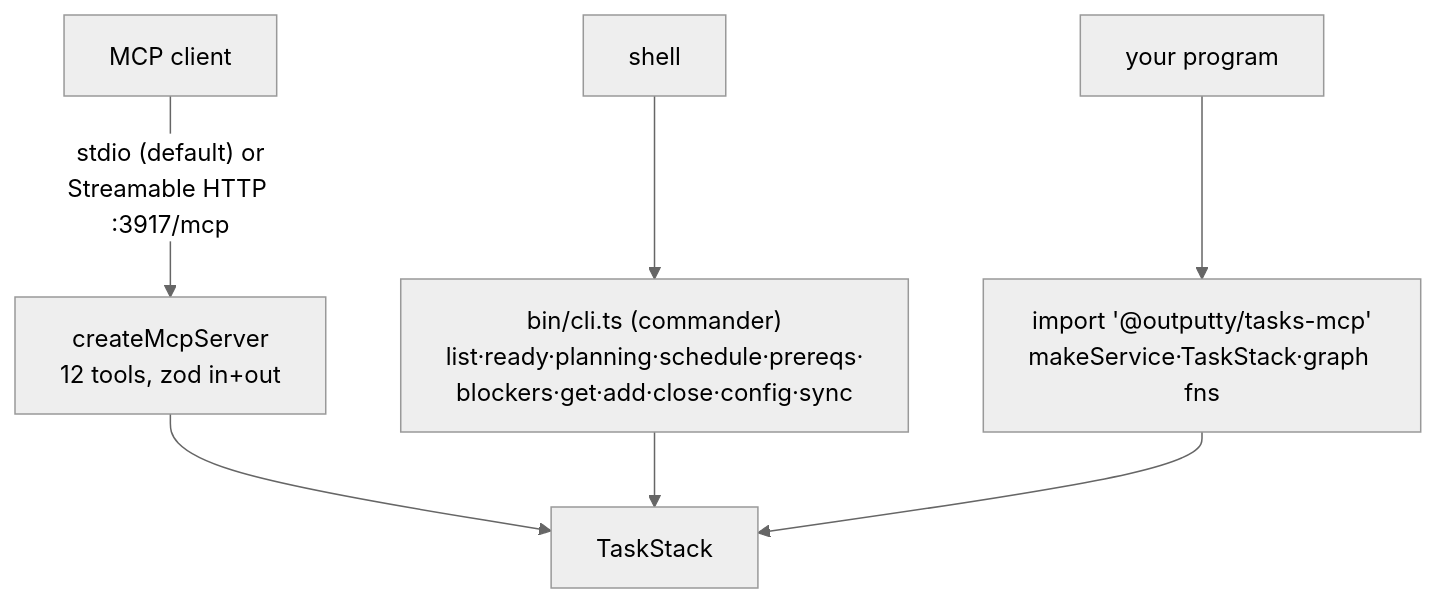
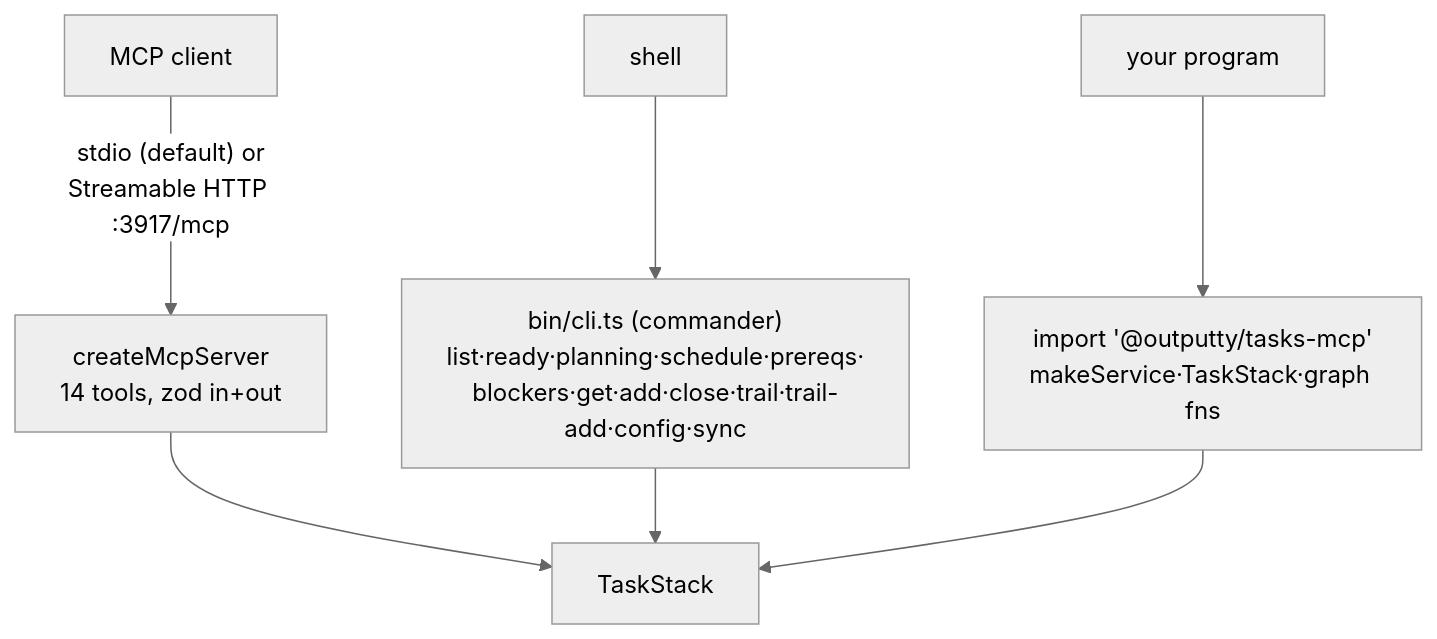
Before and after one commit to outputty/tasks-mcp: the diagram in .claude/architecture/surfaces.md, drawn with Mermaid (neutral theme). The commit also changed other lines of this file and 19 other files, not shown here.

````diff
--- a/.claude/architecture/surfaces.md
+++ b/.claude/architecture/surfaces.md
@@ -7,9 +7,9 @@
 ```mermaid
 flowchart TB
-    agent["MCP client"] -->|"stdio (default) or\nStreamable HTTP :3917/mcp"| mcp["createMcpServer\n12 tools, zod in+out"]
-    human["shell"] --> cli["bin/cli.ts (commander)\nlist·ready·planning·schedule·prereqs·\nblockers·get·add·close·config·sync"]
+    agent["MCP client"] -->|"stdio (default) or\nStreamable HTTP :3917/mcp"| mcp["createMcpServer\n14 tools, zod in+out"]
+    human["shell"] --> cli["bin/cli.ts (commander)\nlist·ready·planning·schedule·prereqs·\nblockers·get·add·close·trail·trail-add·config·sync"]
     code["your program"] --> lib["import '@outputty/tasks-mcp'\nmakeService·TaskStack·graph fns"]
     mcp --> stack["TaskStack"]
     cli --> stack
     lib --> stack
 ```
````
